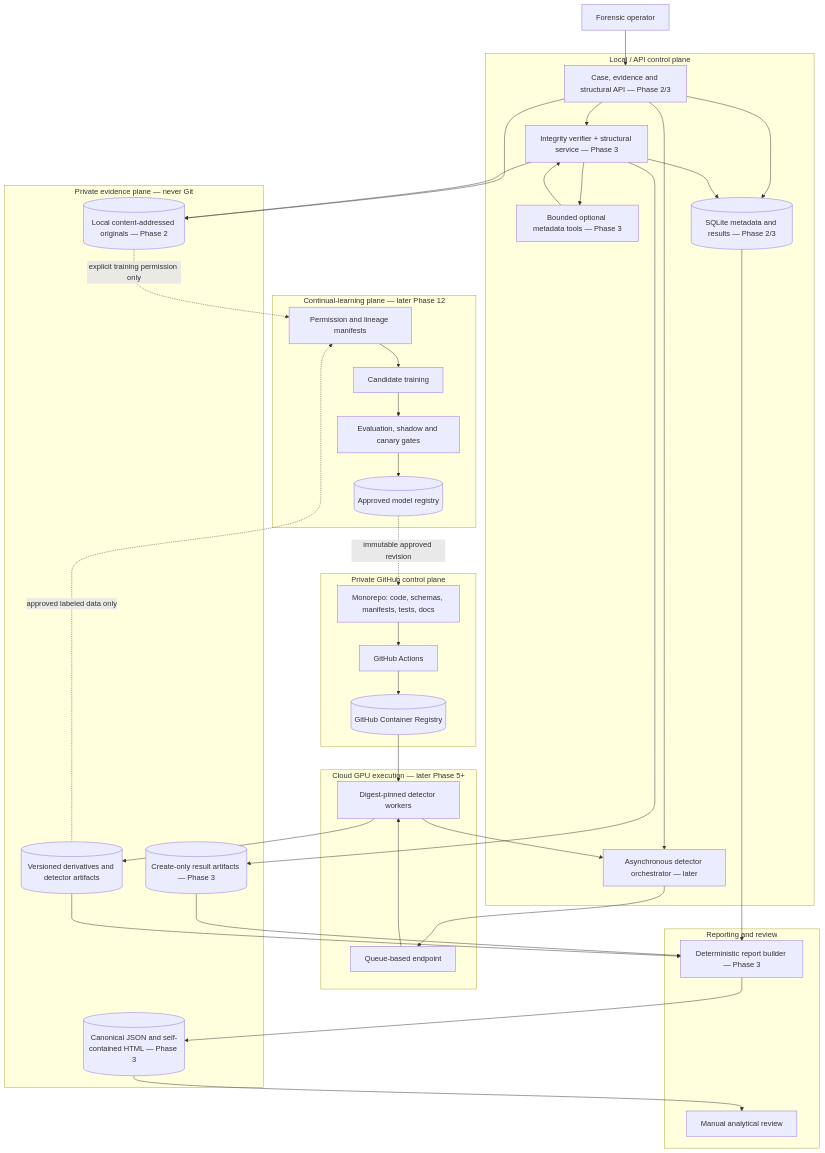
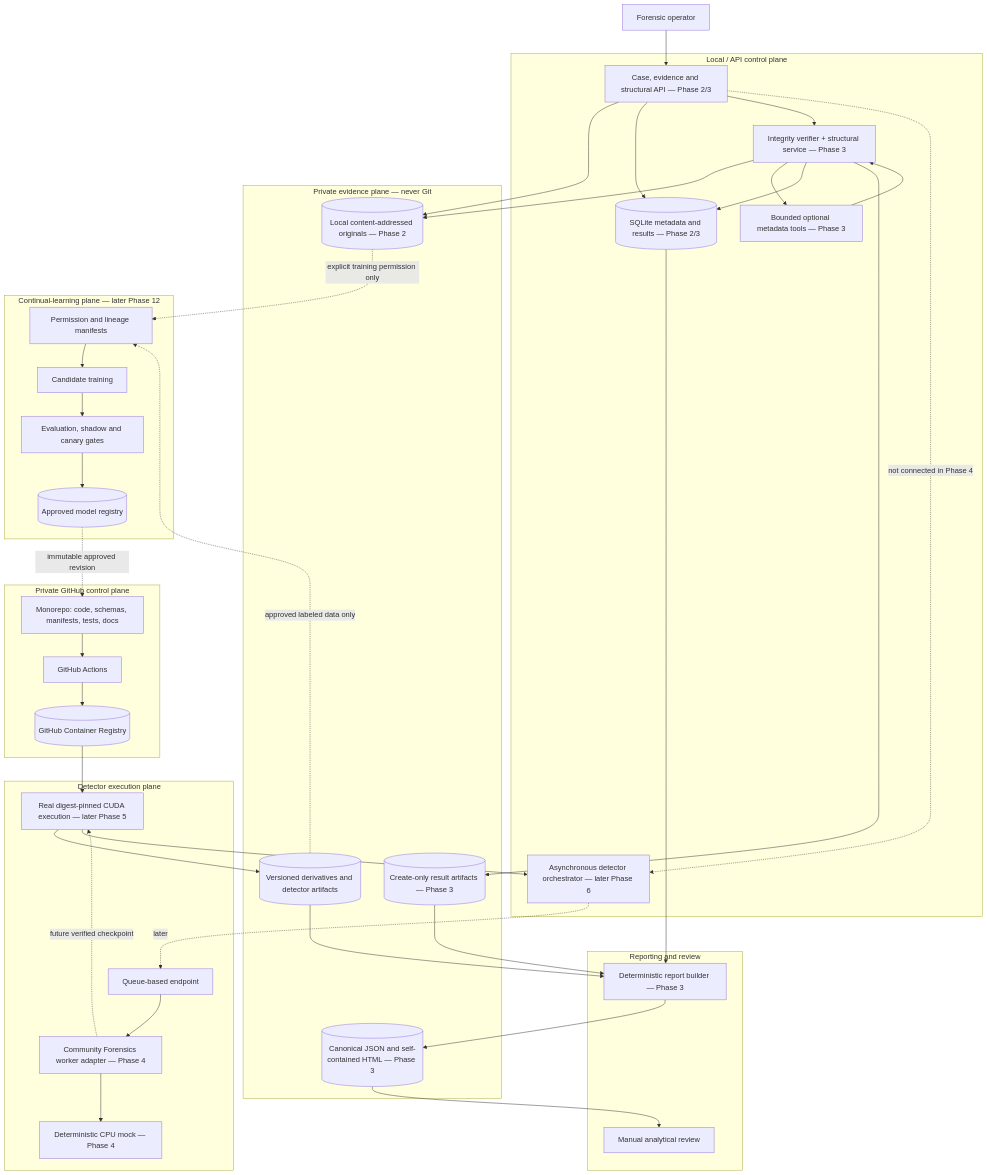
The first of 3 diagrams in docs/architecture/system-overview.md (aiforram1-stack/FInal-Boss-Detector), drawn with Mermaid before and after one commit. The commit also changed other lines of this file and 60 other files, not shown here.

Commit message:
feat(image-worker): add Community Forensics worker adapter

````diff
--- a/docs/architecture/system-overview.md
+++ b/docs/architecture/system-overview.md
@@ -12,69 +13,74 @@
 ```mermaid
 flowchart TB
     User[Forensic operator]
 
     subgraph Local[Local / API control plane]
         API[Case, evidence and structural API — Phase 2/3]
         Structural[Integrity verifier + structural service — Phase 3]
         Tools[Bounded optional metadata tools — Phase 3]
-        Orchestrator[Asynchronous detector orchestrator — later]
+        Orchestrator[Asynchronous detector orchestrator — later Phase 6]
         CaseDB[(SQLite metadata and results — Phase 2/3)]
     end
 
     subgraph Private[Private evidence plane — never Git]
         Originals[(Local content-addressed originals — Phase 2)]
         Derivatives[(Versioned derivatives and detector artifacts)]
         Results[(Create-only result artifacts — Phase 3)]
         Reports[(Canonical JSON and self-contained HTML — Phase 3)]
     end
 
     subgraph GitHub[Private GitHub control plane]
         Repo[Monorepo: code, schemas, manifests, tests, docs]
         Actions[GitHub Actions]
         GHCR[(GitHub Container Registry)]
     end
 
-    subgraph GPU[Cloud GPU execution — later Phase 5+]
+    subgraph GPU[Detector execution plane]
         Queue[Queue-based endpoint]
-        Workers[Digest-pinned detector workers]
+        Adapter[Community Forensics worker adapter — Phase 4]
+        Mock[Deterministic CPU mock — Phase 4]
+        Workers[Real digest-pinned CUDA execution — later Phase 5]
     end
 
     subgraph Reporting[Reporting and review]
         Builder[Deterministic report builder — Phase 3]
         Review[Manual analytical review]
     end
 
     subgraph Learning[Continual-learning plane — later Phase 12]
         Manifests[Permission and lineage manifests]
         Candidate[Candidate training]
         Eval[Evaluation, shadow and canary gates]
         Registry[(Approved model registry)]
     end
 
     User --> API
     API --> Originals
     API --> CaseDB
     API --> Structural
     Structural --> Originals
     Structural --> Tools
     Tools --> Structural
     Structural --> CaseDB
     Structural --> Results
     CaseDB --> Builder
     Results --> Builder
     Builder --> Reports
-    API --> Orchestrator
-    Orchestrator --> Queue --> Workers
+    API -. not connected in Phase 4 .-> Orchestrator
+    Orchestrator -. later .-> Queue
+    Queue --> Adapter
+    Adapter --> Mock
+    Adapter -. future verified checkpoint .-> Workers
     Workers --> Derivatives
     Workers --> Orchestrator
     Derivatives --> Builder
     Reports --> Review
 
     Repo --> Actions --> GHCR
     GHCR --> Workers
 
     Originals -. explicit training permission only .-> Manifests
     Derivatives -. approved labeled data only .-> Manifests
     Manifests --> Candidate --> Eval --> Registry
     Registry -. immutable approved revision .-> Repo
 ```
````
